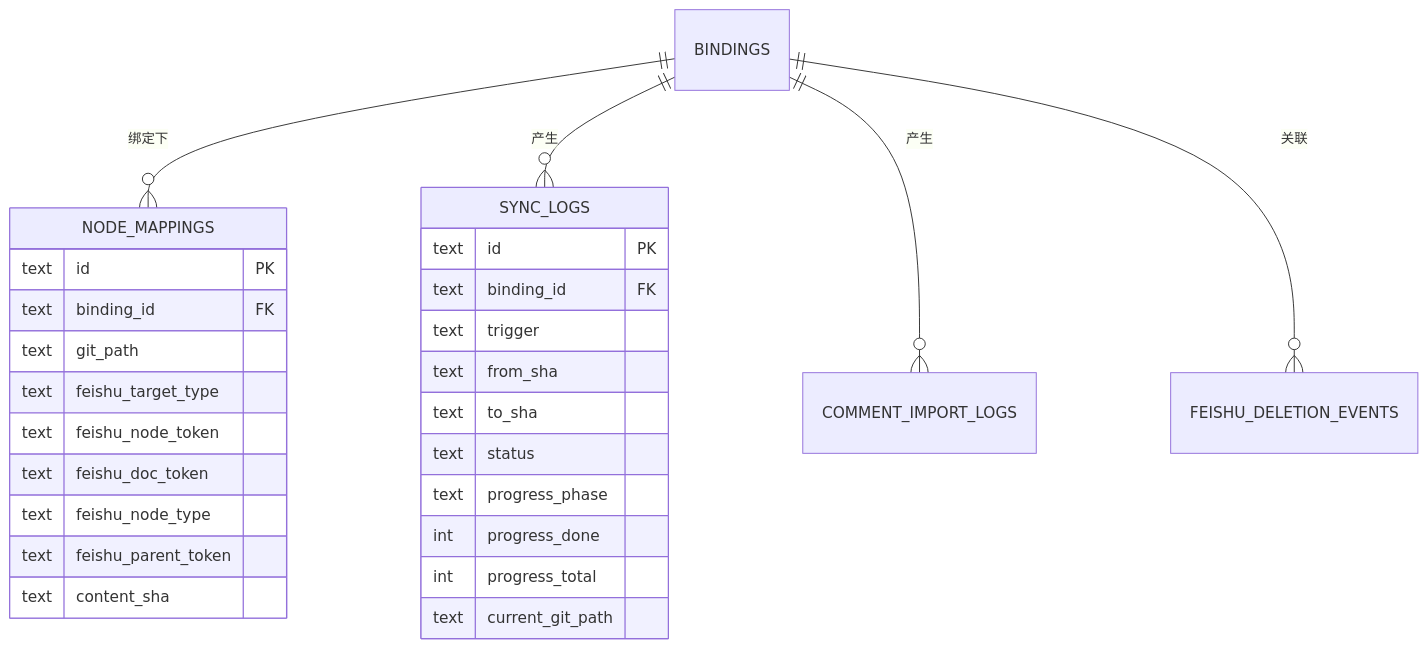
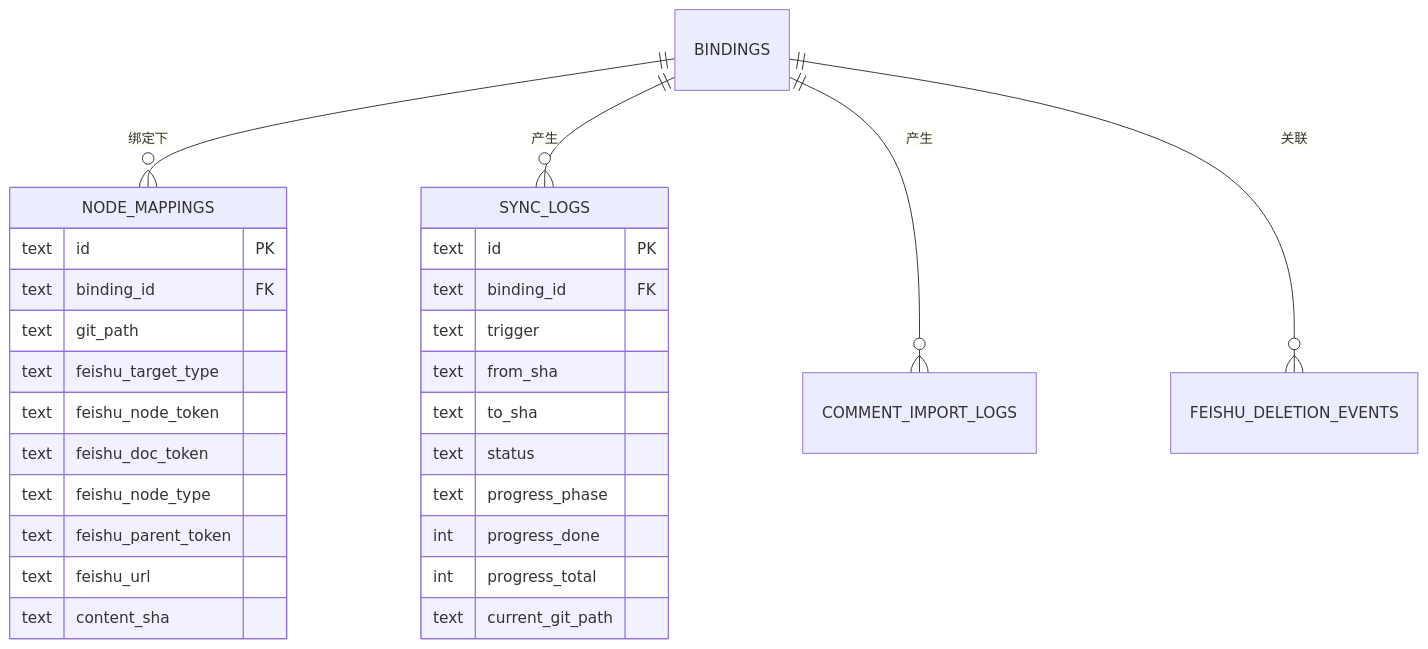
One commit to Estrella6066773/feishu-md-repo changed the diagram in Docs/02-设计/设计-数据模型.md. Above: the diagram before and after it, drawn with Mermaid. The commit also changed other lines of this file and 37 other files, not shown here.

````diff
--- a/Docs/02-设计/设计-数据模型.md
+++ b/Docs/02-设计/设计-数据模型.md
@@ -11,30 +11,31 @@
 ```mermaid
 erDiagram
     BINDINGS ||--o{ NODE_MAPPINGS : "绑定下"
     BINDINGS ||--o{ SYNC_LOGS : "产生"
     BINDINGS ||--o{ COMMENT_IMPORT_LOGS : "产生"
     BINDINGS ||--o{ FEISHU_DELETION_EVENTS : "关联"
     NODE_MAPPINGS {
         text id PK
         text binding_id FK
         text git_path
         text feishu_target_type
         text feishu_node_token
         text feishu_doc_token
         text feishu_node_type
         text feishu_parent_token
+        text feishu_url
         text content_sha
     }
     SYNC_LOGS {
         text id PK
         text binding_id FK
         text trigger
         text from_sha
         text to_sha
         text status
         text progress_phase
         int progress_done
         int progress_total
         text current_git_path
     }
 ```
````
